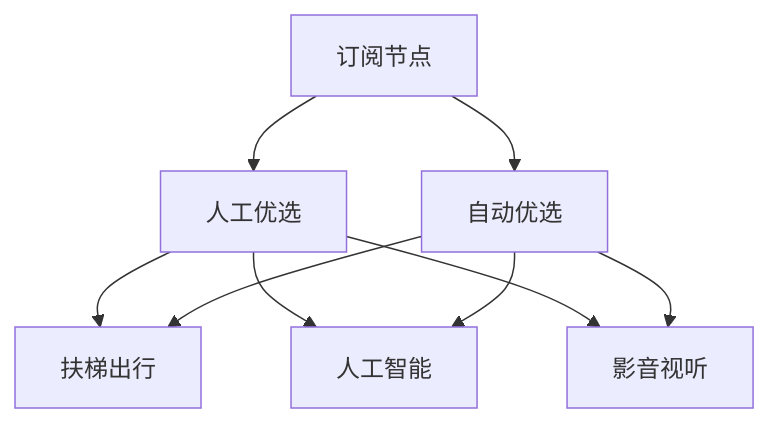
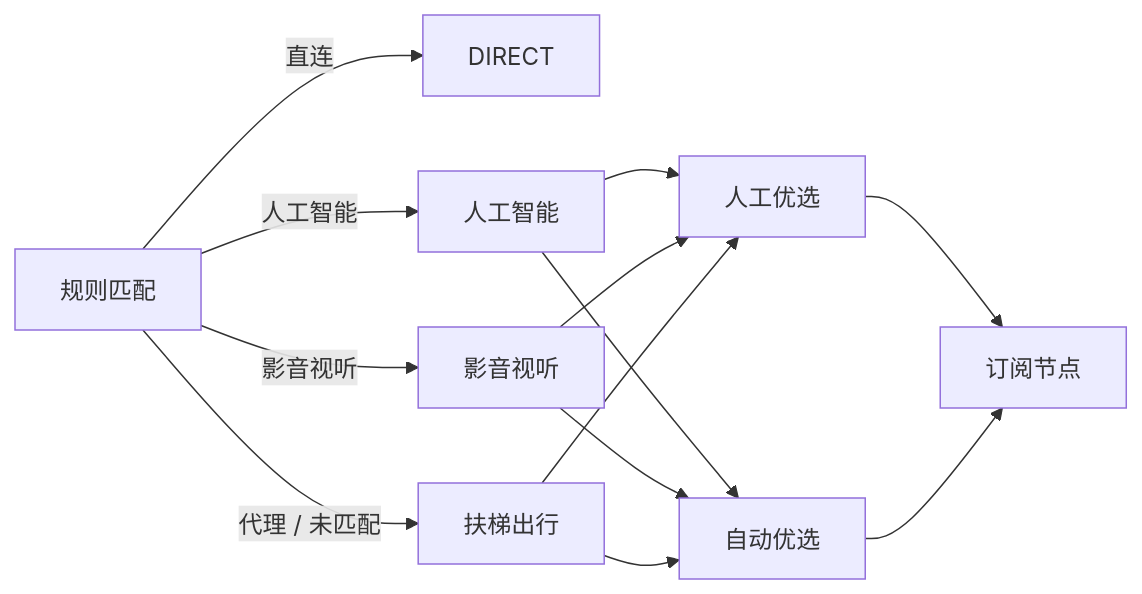
One commit to akaspyrean/clashedge changed the diagram in README.md. Above: the diagram before and after it, drawn with Mermaid. The commit also changed other lines of this file, not shown here.

````diff
--- a/README.md
+++ b/README.md
@@ -76,16 +73,19 @@
 ```mermaid
-flowchart TB
-    A[订阅节点]
+flowchart LR
+    A[规则匹配]
 
-    A --> B[人工优选]
-    A --> C[自动优选]
+    A -->|直连| D[DIRECT]
+    A -->|人工智能| AI[人工智能]
+    A -->|影音视听| M[影音视听]
+    A -->|代理 / 未匹配| P[扶梯出行]
 
-    B --> D[扶梯出行]
-    C --> D
+    AI --> U[人工优选]
+    AI --> T[自动优选]
+    M --> U
+    M --> T
+    P --> U
+    P --> T
 
-    B --> E[人工智能]
-    C --> E
-
-    B --> F[影音视听]
-    C --> F
+    U --> N[订阅节点]
+    T --> N
 ```
````
